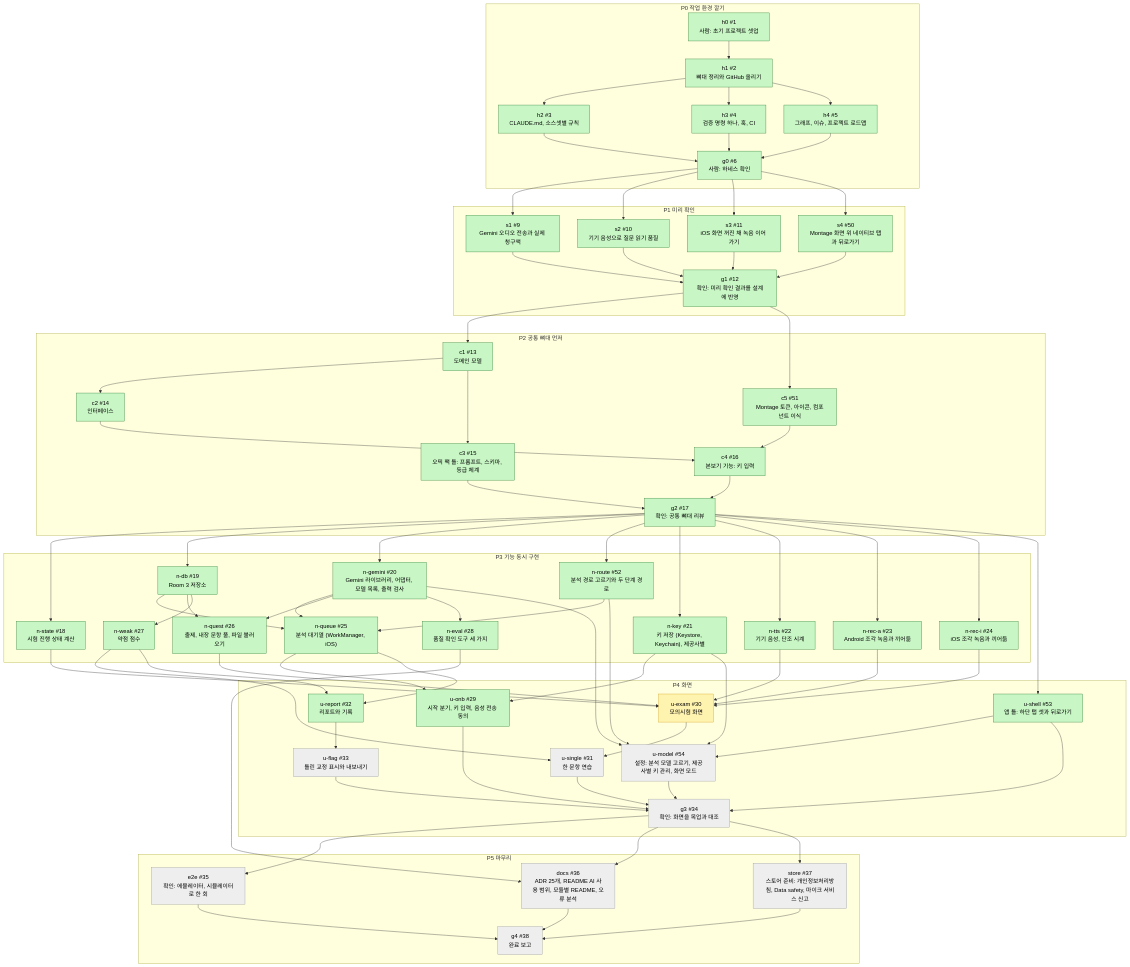
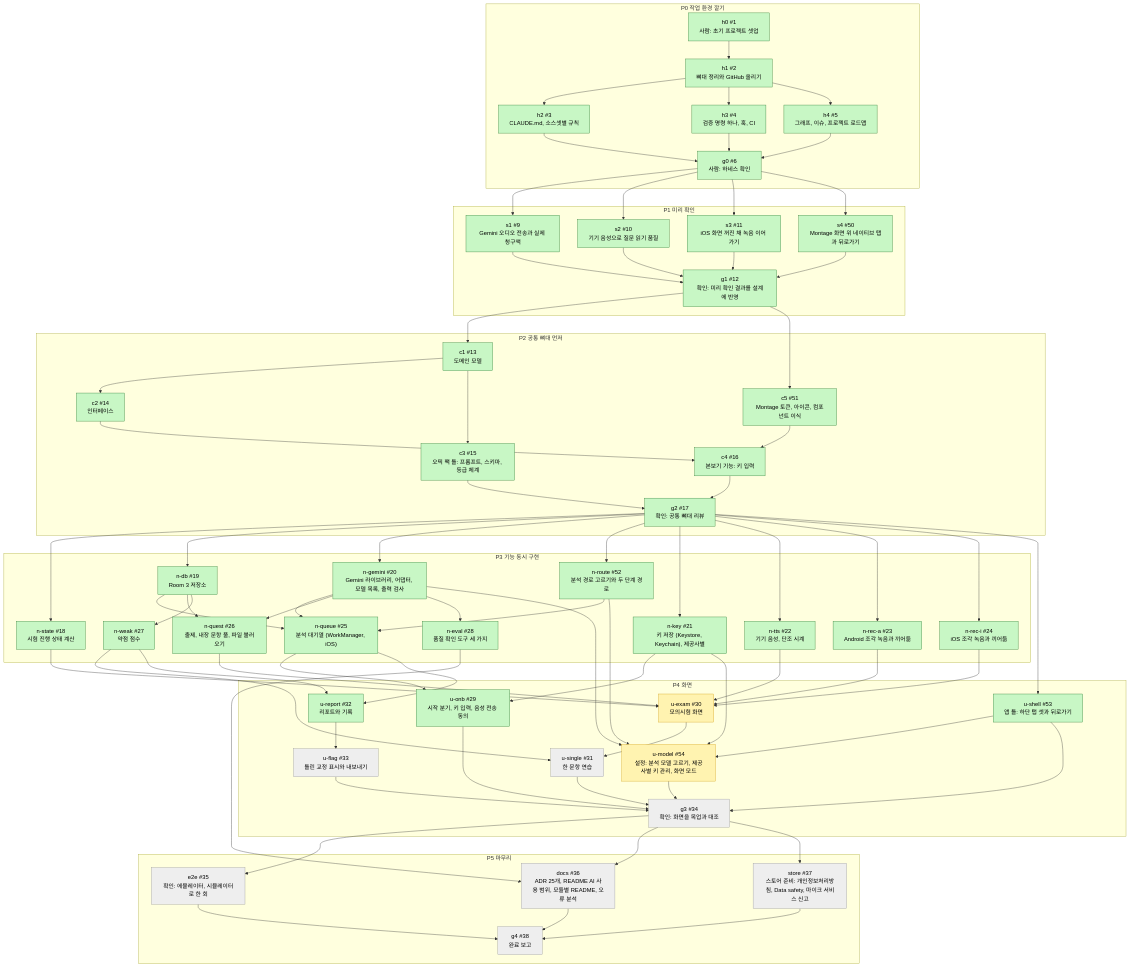
One commit to nosorae/AiOpicSelfStudy changed the first of 2 diagrams in docs/graph/dev-graph.md. Above: the diagram before and after it, drawn with Mermaid. The commit also changed other lines of this file and 1 other file, not shown here.

Commit message:
[u-model] 노드 상태를 doing 으로 바꿨다 (#54)

```diff
--- a/docs/graph/dev-graph.md
+++ b/docs/graph/dev-graph.md
@@ -127,9 +127,9 @@
   docs --> g4
   store --> g4
   classDef todo fill:#eeeeee,stroke:#999999,color:#000
-  class u_single,u_flag,u_model,g3,e2e,docs,store,g4 todo
+  class u_single,u_flag,g3,e2e,docs,store,g4 todo
   classDef doing fill:#fff3b0,stroke:#d4a017,color:#000
-  class u_exam doing
+  class u_exam,u_model doing
   classDef done fill:#c8f7c5,stroke:#2e7d32,color:#000
   class h0,h1,h2,h3,h4,g0,s1,s2,s3,s4,g1,c1,c2,c3,c5,c4,g2,n_state,n_db,n_gemini,n_route,n_key,n_tts,n_rec_a,n_rec_i,n_queue,n_quest,n_weak,n_eval,u_onb,u_shell,u_report done
   classDef blocked fill:#ffcdd2,stroke:#c62828,color:#000
```
